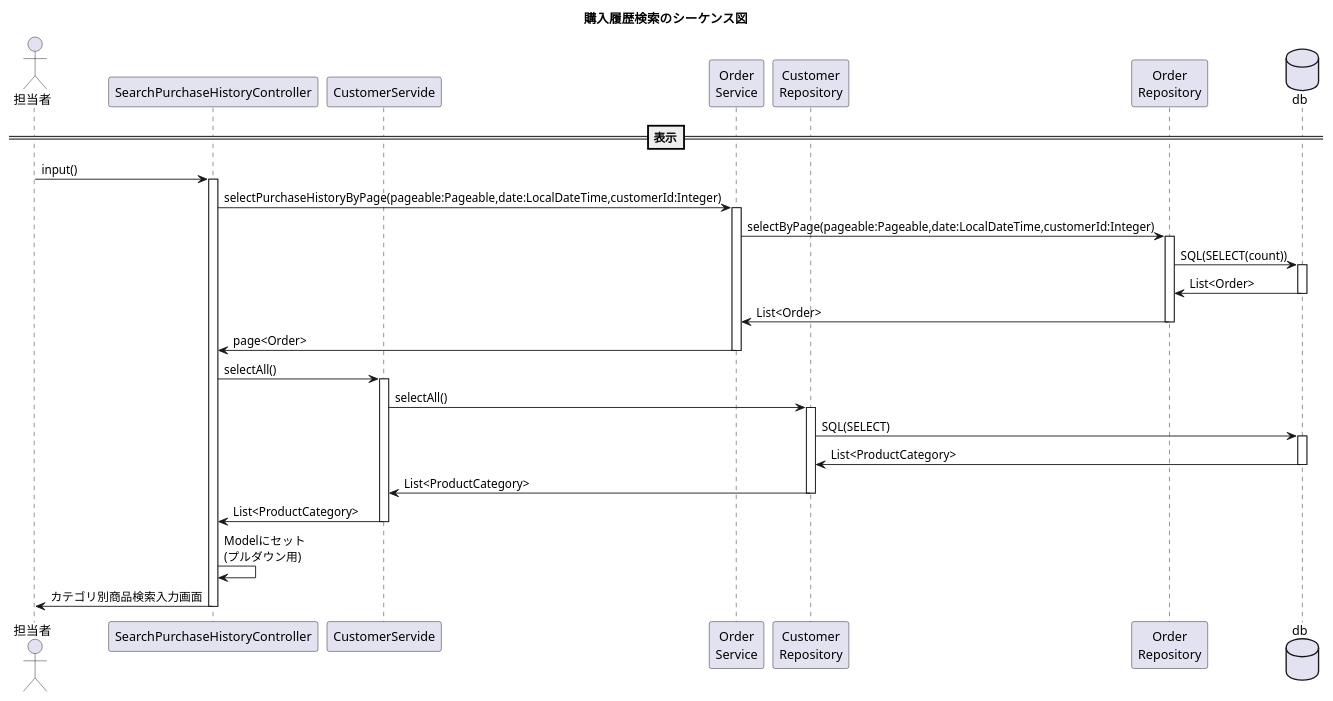
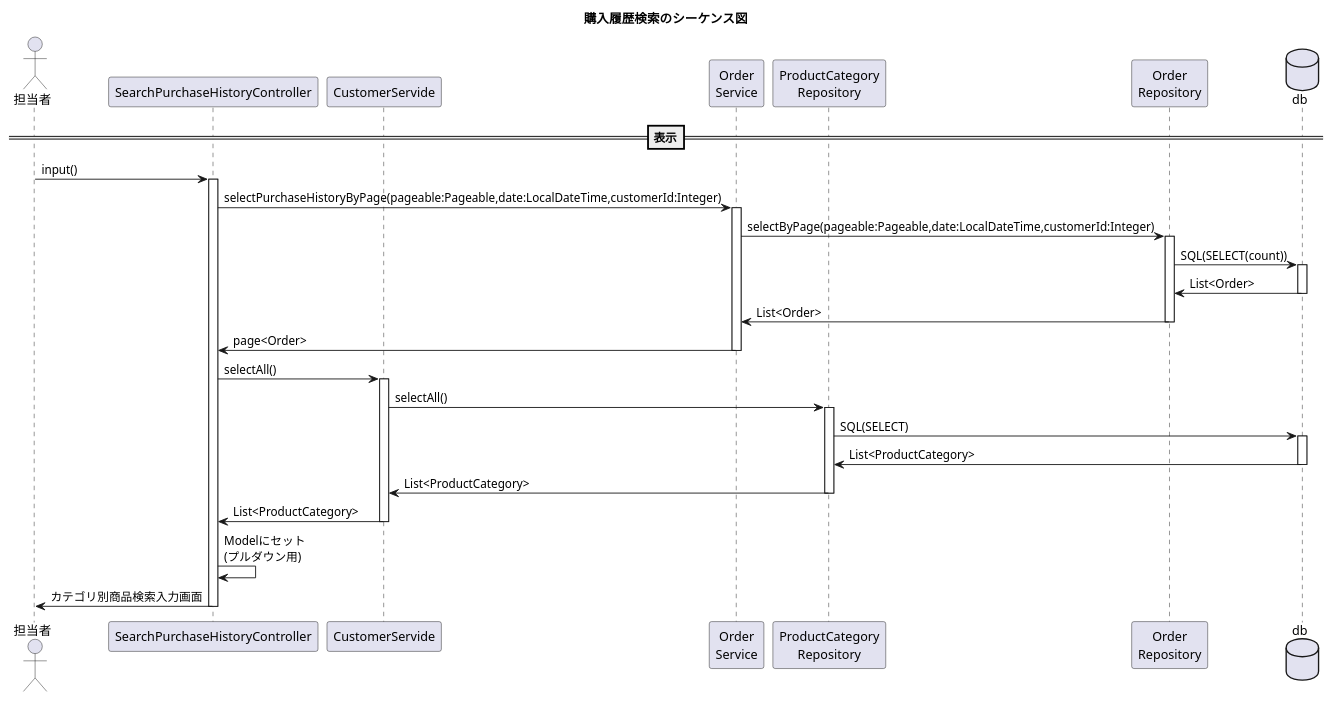
Before and after one commit to kanavii3333/ec-b: the diagram in plan/uml/sequence/2/uc015.plantuml, drawn with PlantUML. The commit also changed 1 other file, not shown here.

Commit message:
uc015　シーケンス図修正

```diff
--- a/plan/uml/sequence/2/uc015.plantuml
+++ b/plan/uml/sequence/2/uc015.plantuml
@@ -1,31 +1,31 @@
 @startuml
 
 title 購入履歴検索のシーケンス図
 actor "担当者" as user
 participant "SearchPurchaseHistoryController" as controller
 participant "CustomerServide" as service1
 participant "Order\nService" as service2
-participant "Customer\nRepository" as repository1
+participant "ProductCategory\nRepository" as repository1
 participant "Order\nRepository" as repository2
 database "db" as db
 ==表示==
 user -> controller++:input()
 controller -> service2++:selectPurchaseHistoryByPage(pageable:Pageable,date:LocalDateTime,customerId:Integer)
 service2 -> repository2++:selectByPage(pageable:Pageable,date:LocalDateTime,customerId:Integer)
 repository2 -> db++:SQL(SELECT(count))
 db -> repository2--:List<Order>
 repository2 -> service2--:List<Order>
 service2 -> controller--:page<Order>
 
 controller -> service1++:selectAll()
 service1 -> repository1++:selectAll()
 repository1 -> db++:SQL(SELECT)
 db -> repository1--:List<ProductCategory>
 repository1 -> service1--:List<ProductCategory>
 service1 -> controller--:List<ProductCategory>
 controller -> controller:Modelにセット\n(プルダウン用)
 controller -> user--:カテゴリ別商品検索入力画面
 
 
 
 @enduml
```
